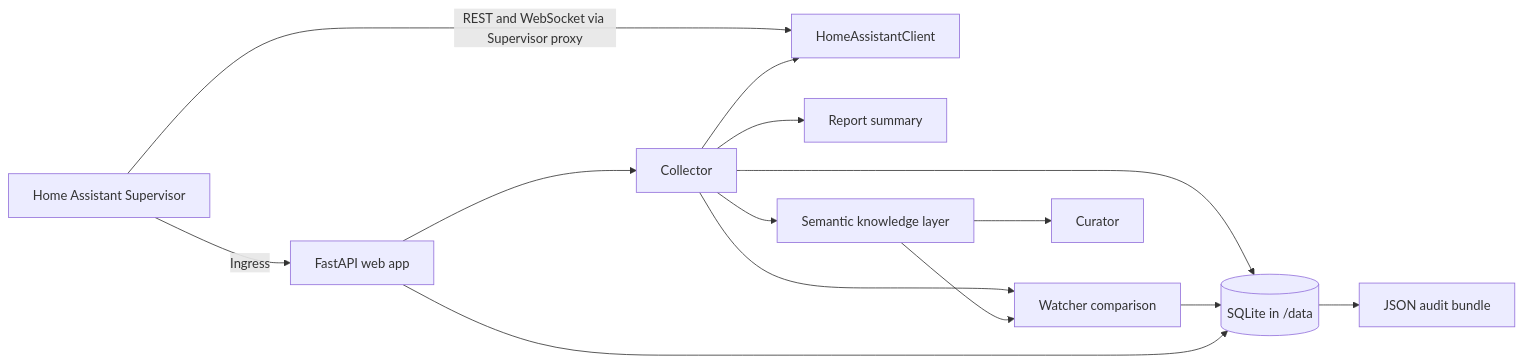
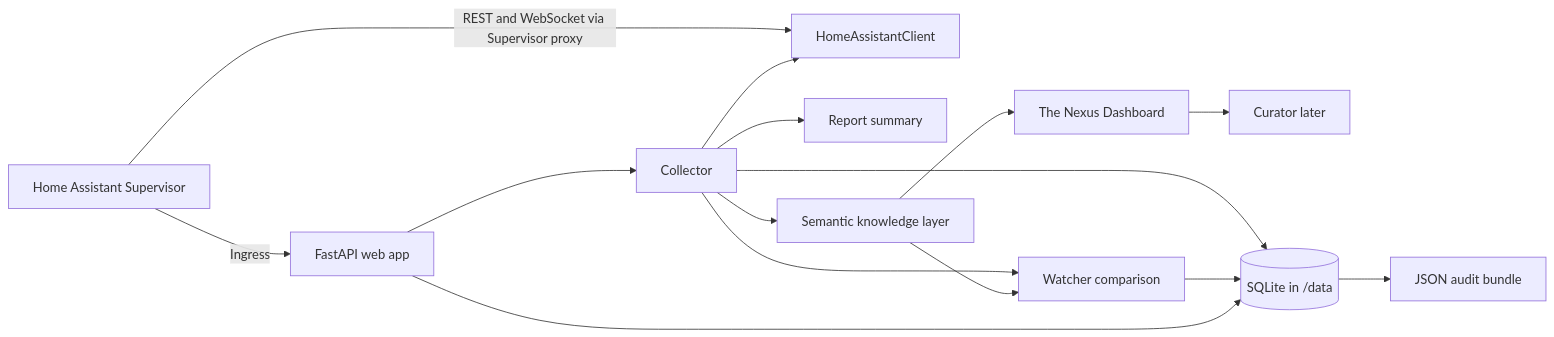
One commit to Humpadilo/The-Nexus changed the diagram in docs/ARCHITECTURE.md. Above: the diagram before and after it, drawn with Mermaid. The commit also changed other lines of this file and 18 other files, not shown here.

First line of the commit message:
Build The Nexus Dashboard

````diff
--- a/docs/ARCHITECTURE.md
+++ b/docs/ARCHITECTURE.md
@@ -9,16 +9,17 @@
 ```mermaid
 flowchart LR
     HA[Home Assistant Supervisor] -->|Ingress| UI[FastAPI web app]
     HA -->|REST and WebSocket via Supervisor proxy| API[HomeAssistantClient]
     UI --> COL[Collector]
     COL --> API
     COL --> REP[Report summary]
     COL --> WATCH[Watcher comparison]
     COL --> SEM[Semantic knowledge layer]
-    SEM --> CUR[Curator]
+    SEM --> DASH[The Nexus Dashboard]
+    DASH --> CUR[Curator later]
     SEM --> WATCH
     COL --> DB[(SQLite in /data)]
     WATCH --> DB
     UI --> DB
     DB --> JSON[JSON audit bundle]
 ```
````
